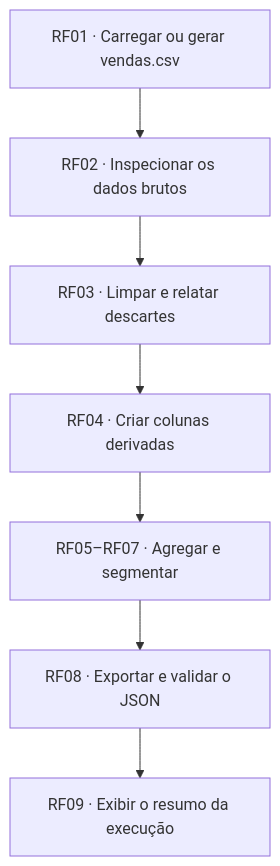
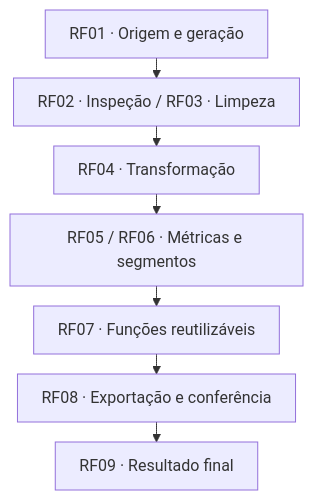
One commit to fabcosta-br/salesinsight-py changed the first of 2 diagrams in README.md. Above: the diagram before and after it, drawn with Mermaid. The commit also changed other lines of this file and 5 other files, not shown here.

````diff
--- a/README.md
+++ b/README.md
@@ -27,16 +76,20 @@
 ```mermaid
+---
+config:
+  flowchart:
+    rankSpacing: 20
+    padding: 12
+    wrappingWidth: 245
+---
 flowchart TD
-    geracao["RF01 · Carregar ou gerar vendas.csv"]
-    inspecao["RF02 · Inspecionar os dados brutos"]
-    limpeza["RF03 · Limpar e relatar descartes"]
-    transformacao["RF04 · Criar colunas derivadas"]
-    analise["RF05–RF07 · Agregar e segmentar"]
-    exportacao["RF08 · Exportar e validar o JSON"]
-    resumo["RF09 · Exibir o resumo da execução"]
-    geracao --> inspecao
-    inspecao --> limpeza
-    limpeza --> transformacao
-    transformacao --> analise
-    analise --> exportacao
-    exportacao --> resumo
+    accTitle: Jornada dos dados de vendas, de RF01 a RF09
+    origem["RF01 · Origem e geração"]
+    preparacao["RF02 · Inspeção / RF03 · Limpeza"]
+    transformacao["RF04 · Transformação"]
+    analise["RF05 / RF06 · Métricas e segmentos"]
+    funcoes["RF07 · Funções reutilizáveis"]
+    saida["RF08 · Exportação e conferência"]
+    resumo["RF09 · Resultado final"]
+
+    origem --> preparacao --> transformacao --> analise --> funcoes --> saida --> resumo
 ```
````
